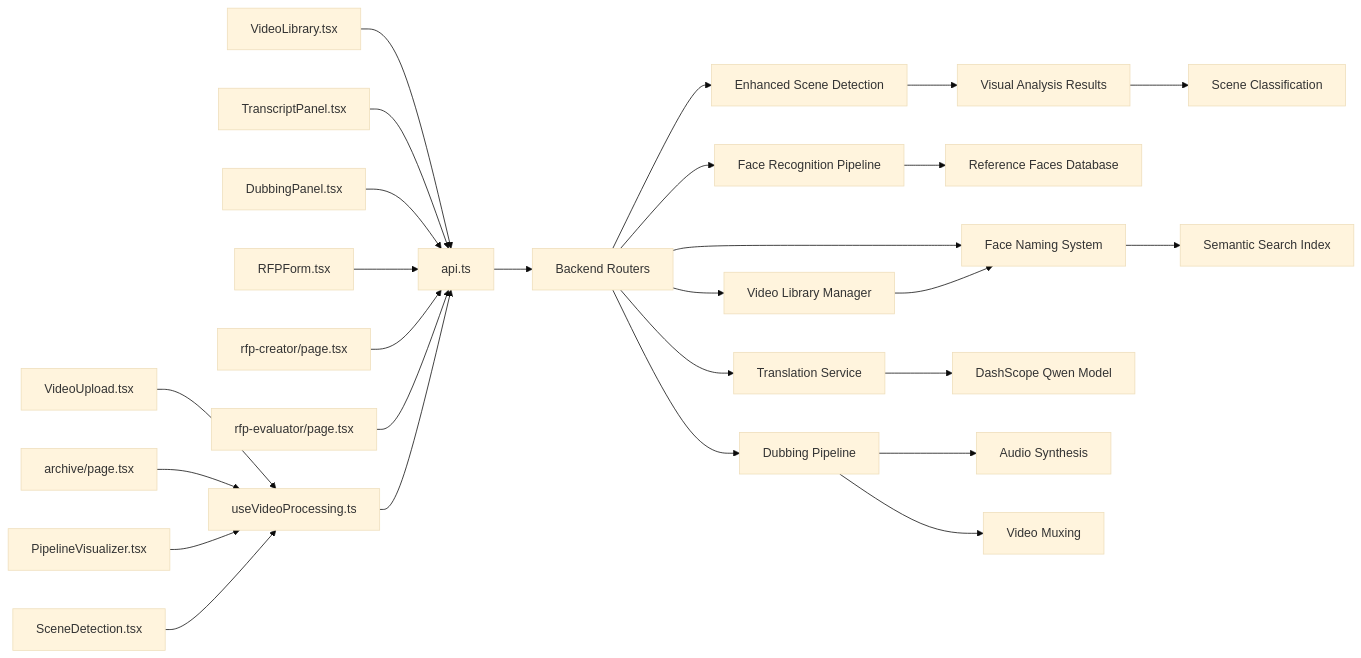
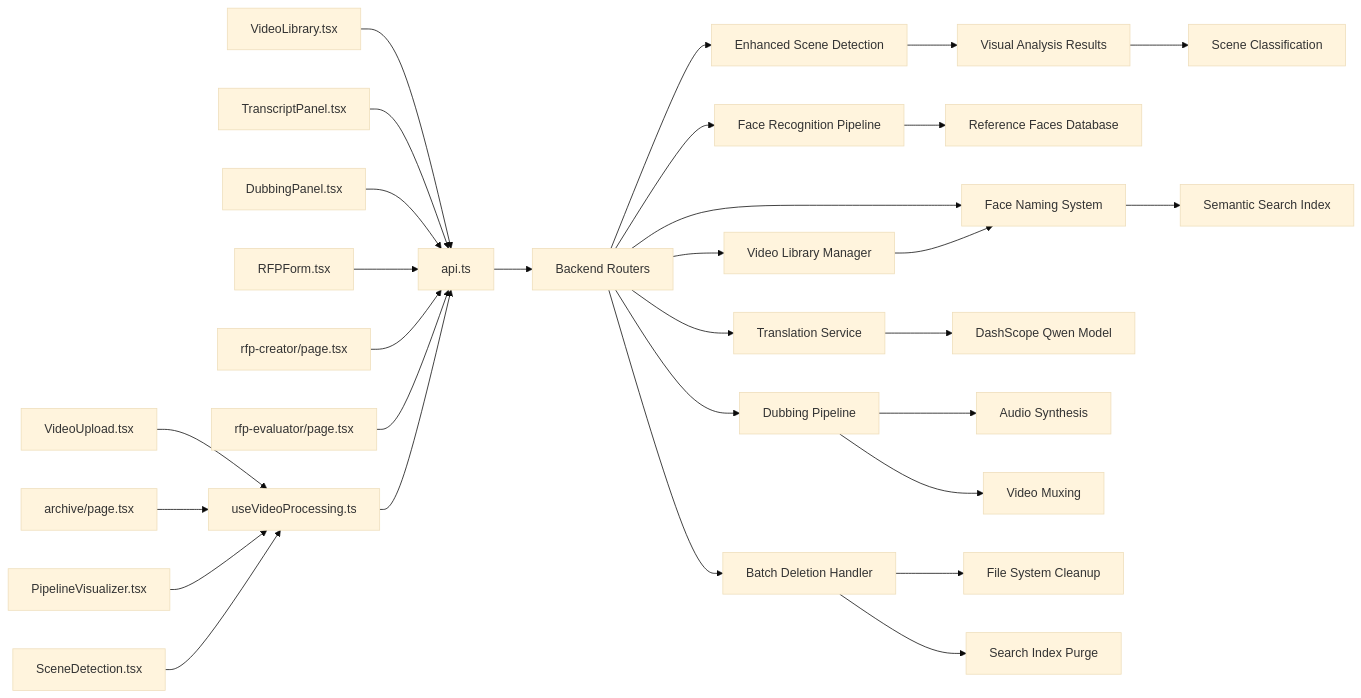
Before and after one commit to alexandreybasta-cyber/dubai-media-ai: the third of 3 diagrams in .qoder/repowiki/en/content/Frontend Application/API Integration & State Management.md, drawn with Mermaid (base theme). The commit also changed other lines of this file and 43 other files, not shown here.

````diff
--- a/.qoder/repowiki/en/content/Frontend Application/API Integration & State Management.md
+++ b/.qoder/repowiki/en/content/Frontend Application/API Integration & State Management.md
@@ -893,29 +916,32 @@
 ```mermaid
 graph LR
 UI_A["VideoUpload.tsx"] --> Hook["useVideoProcessing.ts"]
 UI_B["archive/page.tsx"] --> Hook
 UI_C["PipelineVisualizer.tsx"] --> Hook
 UI_D["SceneDetection.tsx"] --> Hook
 UI_E["VideoLibrary.tsx"] --> API["api.ts"]
 UI_F["TranscriptPanel.tsx"] --> API
 UI_G["DubbingPanel.tsx"] --> API
 UI_H["RFPForm.tsx"] --> API
 UI_I["rfp-creator/page.tsx"] --> API
 UI_J["rfp-evaluator/page.tsx"] --> API
 Hook --> API
 API --> Backend["Backend Routers"]
 Backend --> FacePipeline["Face Recognition Pipeline"]
 Backend --> ScenePipeline["Enhanced Scene Detection"]
 Backend --> VideoLibrary["Video Library Manager"]
 Backend --> FaceNaming["Face Naming System"]
 Backend --> TranslationService["Translation Service"]
 Backend --> DubbingPipeline["Dubbing Pipeline"]
+Backend --> BatchDeletion["Batch Deletion Handler"]
 FacePipeline --> ReferenceDB["Reference Faces Database"]
 ScenePipeline --> VisualAnalysis["Visual Analysis Results"]
 VideoLibrary --> FaceNaming
 VisualAnalysis --> SceneTypes["Scene Classification"]
 FaceNaming --> SearchIndex["Semantic Search Index"]
 TranslationService --> AIModel["DashScope Qwen Model"]
 DubbingPipeline --> AudioSynth["Audio Synthesis"]
 DubbingPipeline --> VideoMux["Video Muxing"]
+BatchDeletion --> FileCleanup["File System Cleanup"]
+BatchDeletion --> SearchIndexPurge["Search Index Purge"]
 ```
````
